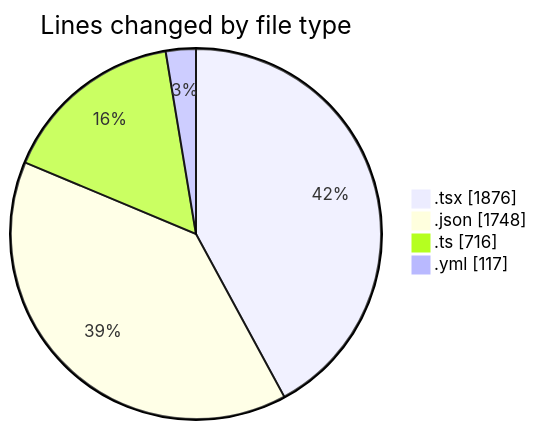
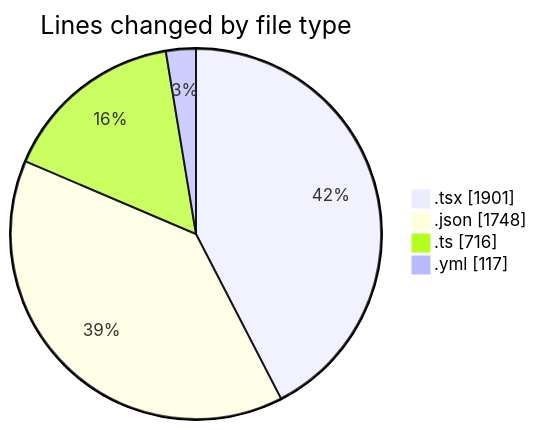
One commit to julien-gomy/code-tracking changed the first of 2 diagrams in 2025-10-30/eventscop-frontend-guide__workspace_/README.md. Above: the diagram before and after it, drawn with Mermaid. The commit also changed other lines of this file and 1 other file, not shown here.

````diff
--- a/2025-10-30/eventscop-frontend-guide__workspace_/README.md
+++ b/2025-10-30/eventscop-frontend-guide__workspace_/README.md
@@ -41,8 +41,8 @@
 ```mermaid
 pie showData
 title Lines changed by file type
-".tsx" : 1876
+".tsx" : 1901
 ".json" : 1748
 ".ts" : 716
 ".yml" : 117
 ```
````
